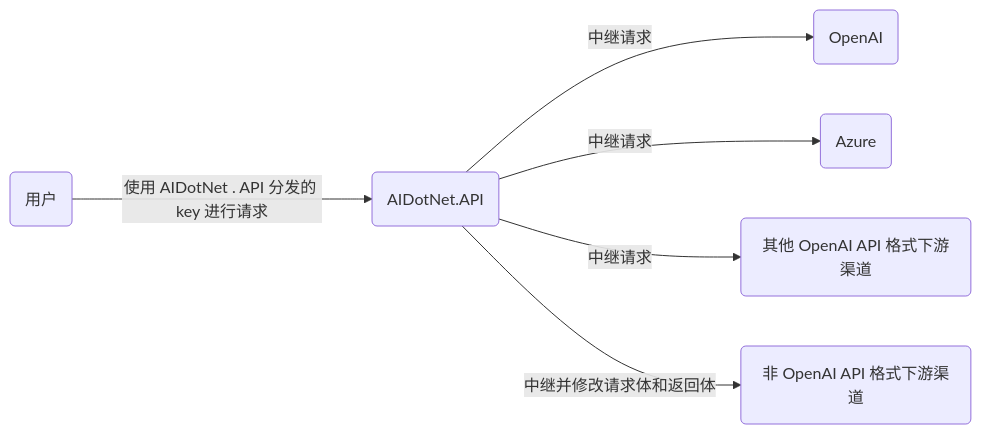
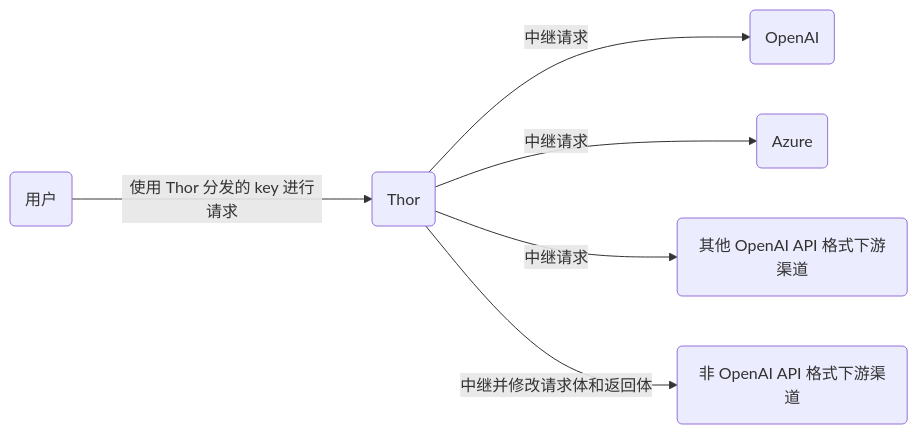
Before and after one commit to AIDotNet/Thor: the diagram in README.md, drawn with Mermaid. The commit also changed other lines of this file and 499 other files, not shown here.

````diff
--- a/README.md
+++ b/README.md
@@ -108,9 +107,9 @@
 ```mermaid
 graph LR
     A(用户)
-    A --->|使用 AIDotNet . API 分发的 key 进行请求| B(AIDotNet.API)
+    A --->|使用 Thor 分发的 key 进行请求| B(Thor)
     B -->|中继请求| C(OpenAI)
     B -->|中继请求| D(Azure)
     B -->|中继请求| E(其他 OpenAI API 格式下游渠道)
     B -->|中继并修改请求体和返回体| F(非 OpenAI API 格式下游渠道)
 ```
````
